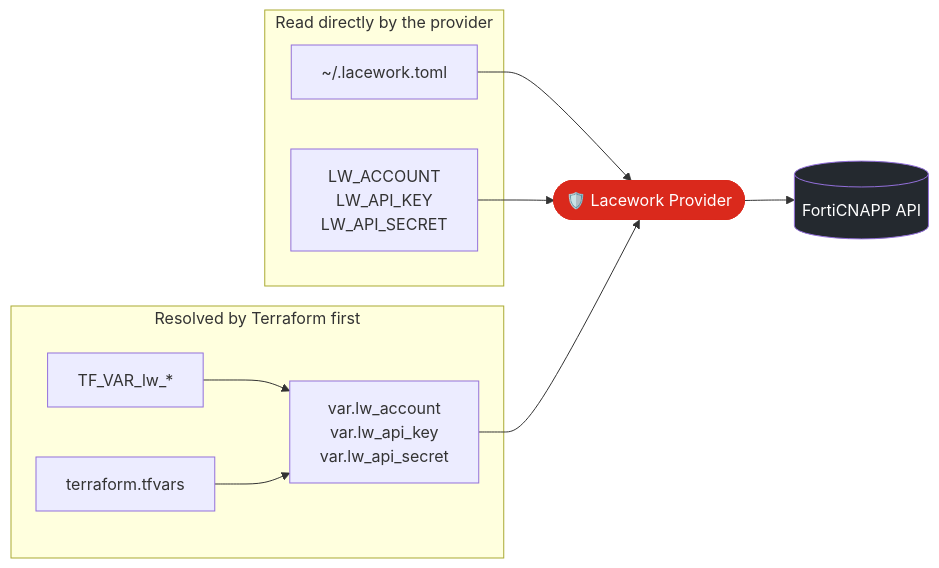
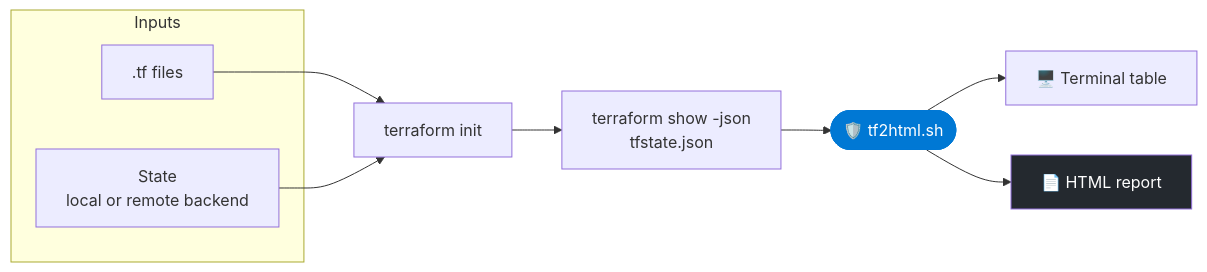
Before and after one commit to svuillaume/cnapp_az: the diagram in README.md, drawn with Mermaid. The commit also changed other lines of this file, not shown here.

First line of the commit message:
Revise README for tf2html.sh usage and security

````diff
--- a/README.md
+++ b/README.md
@@ -60,21 +32,16 @@
 ```mermaid
 flowchart LR
-    subgraph Direct["Read directly by the provider"]
-        A["~/.lacework.toml"]
-        B["LW_ACCOUNT<br/>LW_API_KEY<br/>LW_API_SECRET"]
+    subgraph IN["Inputs"]
+        C[".tf files"]
+        S["State<br/>local or remote backend"]
     end
-    subgraph TF["Resolved by Terraform first"]
-        C["TF_VAR_lw_*"]
-        D["terraform.tfvars"]
-        V["var.lw_account<br/>var.lw_api_key<br/>var.lw_api_secret"]
-        C --> V
-        D --> V
-    end
-    A --> P(["🛡️ Lacework Provider"])
-    B --> P
-    V --> P
-    P --> F[("FortiCNAPP API")]
+    C --> I["terraform init"]
+    S --> I
+    I --> J["terraform show -json<br/>tfstate.json"]
+    J --> T(["🛡️ tf2html.sh"])
+    T --> O1["🖥️ Terminal table"]
+    T --> O2["📄 HTML report"]
 
-    style P fill:#DA291C,color:#fff,stroke:#DA291C
-    style F fill:#24292f,color:#fff
+    style T fill:#0078D4,color:#fff,stroke:#0078D4
+    style O2 fill:#24292f,color:#fff
 ```
````
